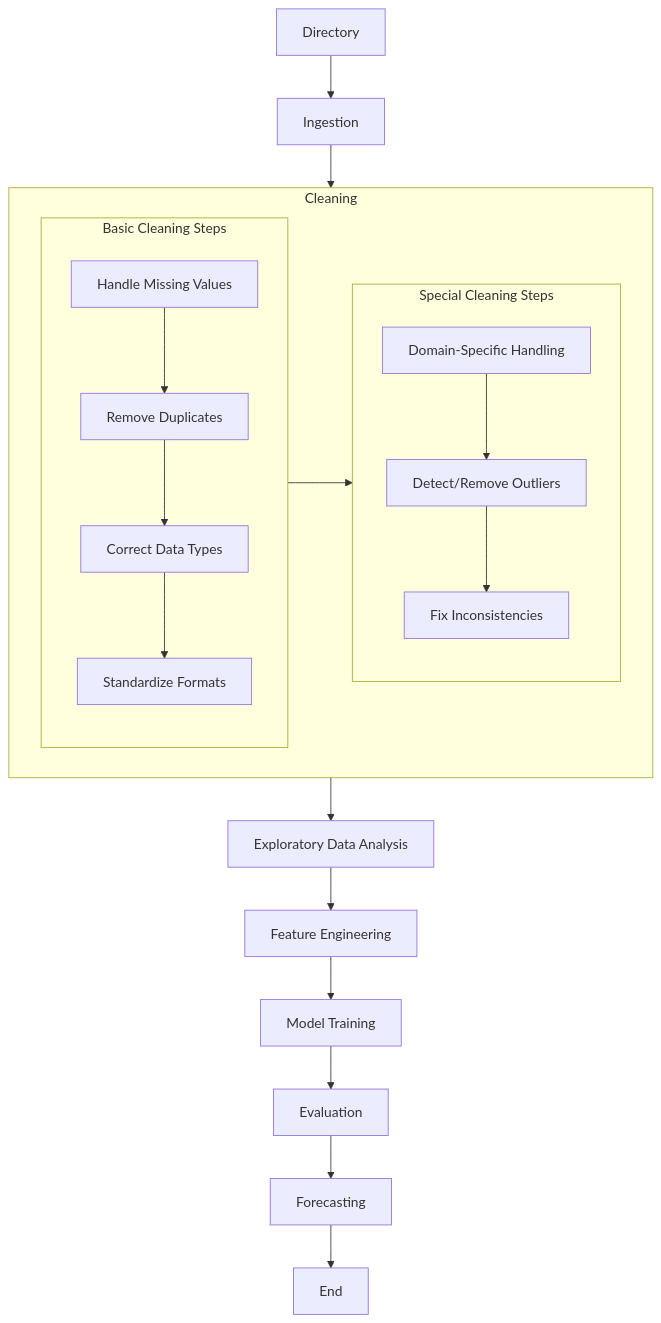
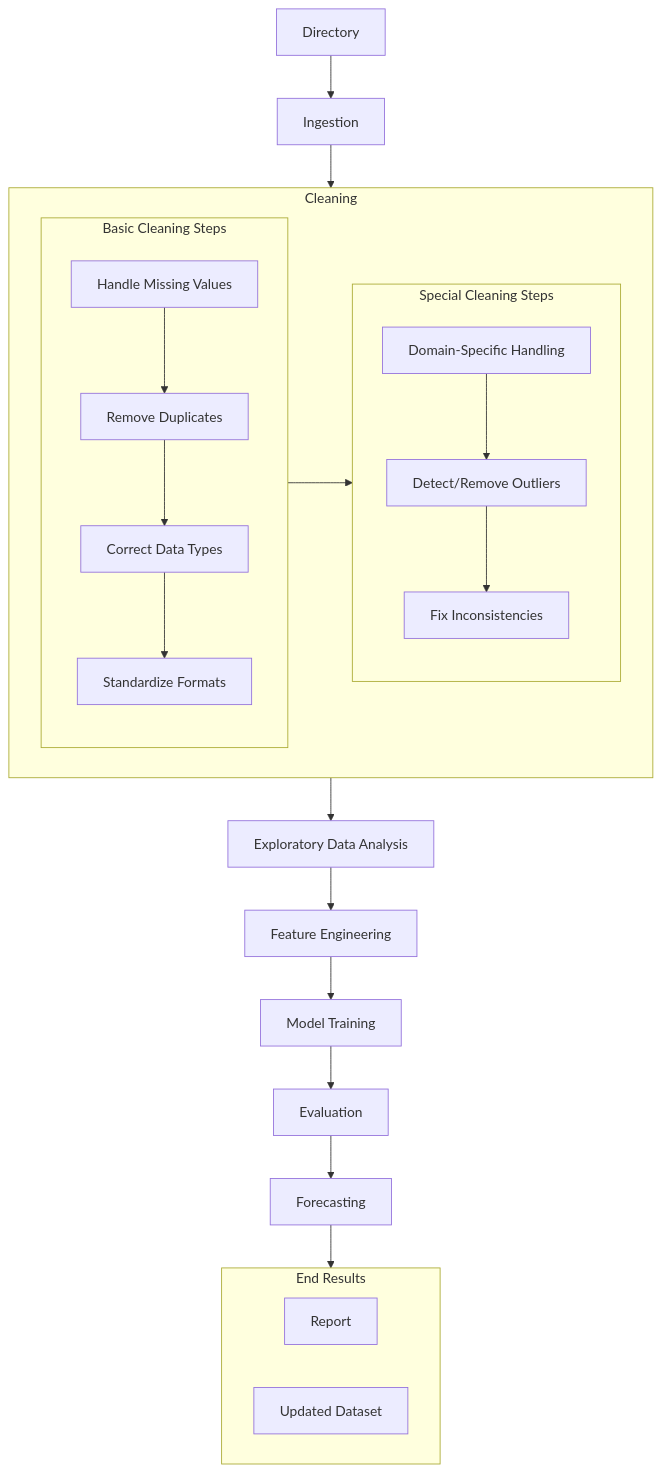
The diagram in AdvaDS/README.md (atharvesting/mini-projects), drawn with Mermaid before and after one commit. The commit also changed 21 other files, not shown here.

````diff
--- a/AdvaDS/README.md
+++ b/AdvaDS/README.md
@@ -9,28 +9,31 @@
 ```mermaid
 graph TD
     A[Directory] --> B[Ingestion]
     B --> Cleaning
     subgraph Cleaning ["Cleaning"]
         subgraph Basic ["Basic Cleaning Steps"];
             direction TB
             C1[Handle Missing Values] --> C2;
             C2[Remove Duplicates] --> C3;
             C3[Correct Data Types] --> C4;
             C4[Standardize Formats]
         end
         subgraph Special ["Special Cleaning Steps"]
             direction TB
             Y[Domain-Specific Handling] --> C5;
             C5[Detect/Remove Outliers] --> C6;
             C6[Fix Inconsistencies]
         end
         Basic --> Special
     end
-    Cleaning --> D[Exploratory Data Analysis]
-    D --> E[Feature Engineering]
-    E --> F[Model Training]
-    F --> G[Evaluation]
-    G --> H[Forecasting]
-    H --> I[End]
-
+    Cleaning --> D[Exploratory Data Analysis];
+    D --> E[Feature Engineering];
+    E --> F[Model Training];
+    F --> G[Evaluation];
+    G --> H[Forecasting];
+    H --> I
+    subgraph I ["End Results"]
+        B1["Report"];
+        B2["Updated Dataset"];
+    end
 ```
````
